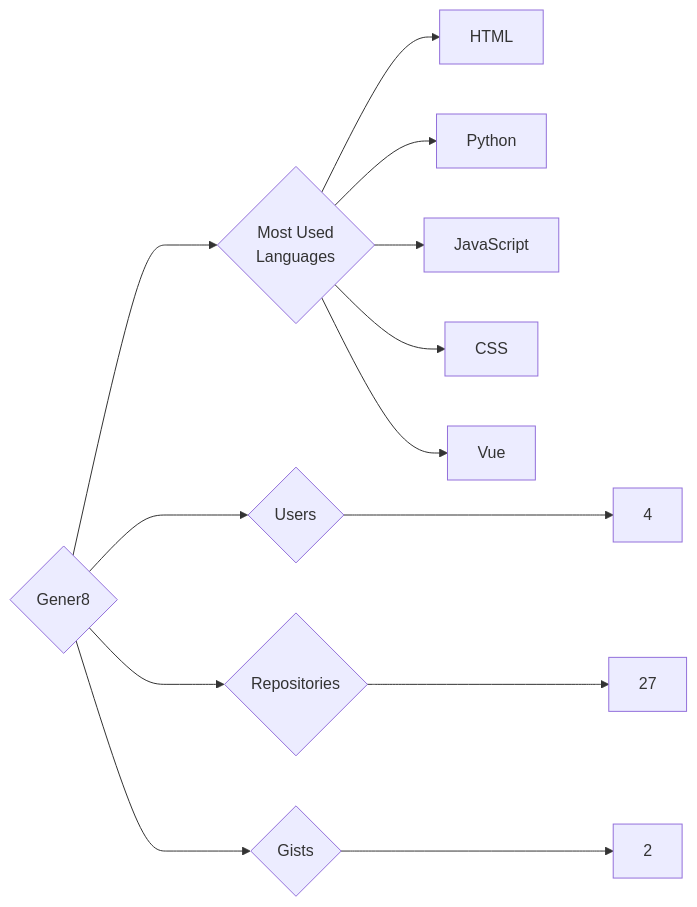
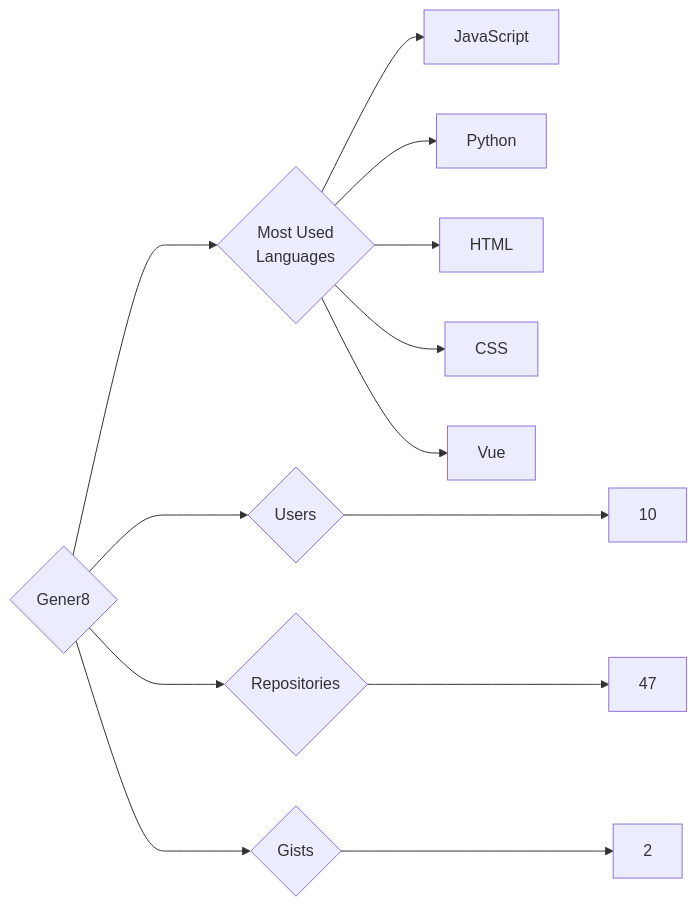
Before and after one commit to trickest/insiders: the diagram in targets/Gener8/README.md, drawn with Mermaid. The commit also changed 1212 other files, not shown here.

````diff
--- a/targets/Gener8/README.md
+++ b/targets/Gener8/README.md
@@ -3,13 +3,13 @@
 ```mermaid
 graph LR
 COMPANY_NAME{Gener8}
-COMPANY_NAME ---> U{Users} ---> UN[4]
-COMPANY_NAME ---> R{Repositories} ---> RN[27]
+COMPANY_NAME ---> U{Users} ---> UN[10]
+COMPANY_NAME ---> R{Repositories} ---> RN[47]
 COMPANY_NAME ---> G{Gists} ---> GN[2]
 COMPANY_NAME ---> ML{Most Used<br>Languages}
+ML --> JavaScript[JavaScript]
+ML --> Python[Python]
 ML --> HTML[HTML]
-ML --> Python[Python]
-ML --> JavaScript[JavaScript]
 ML --> CSS[CSS]
 ML --> Vue[Vue]
 ```
````
